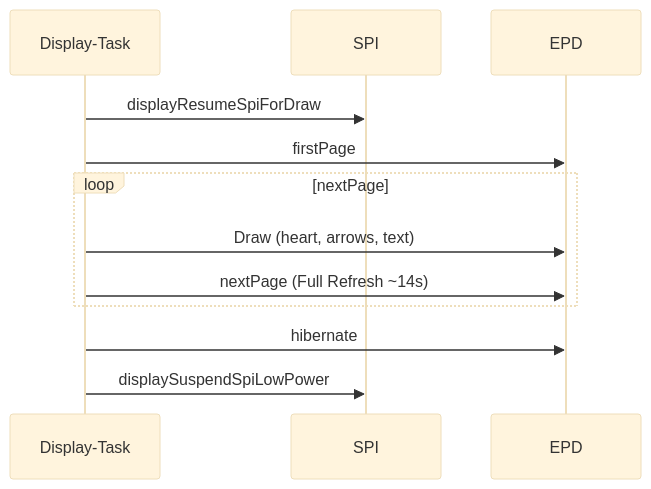
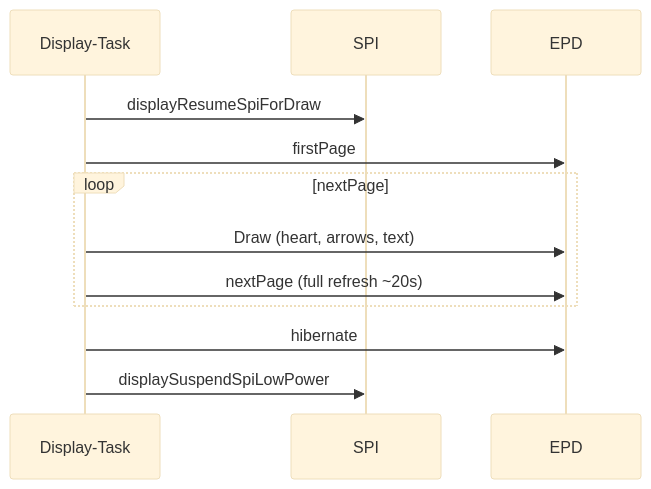
The diagram in docs/DISPLAY.md (EyJunge1/chaya2mqtt), drawn with Mermaid (base theme) before and after one commit. The commit also changed other lines of this file and 16 other files, not shown here.

````diff
--- a/docs/DISPLAY.md
+++ b/docs/DISPLAY.md
@@ -108,15 +108,15 @@
 ```mermaid
 sequenceDiagram
     participant T as Display-Task
     participant S as SPI
     participant E as EPD
 
     T->>S: displayResumeSpiForDraw
     T->>E: firstPage
     loop nextPage
         T->>E: Draw (heart, arrows, text)
-        T->>E: nextPage (Full Refresh ~14s)
+        T->>E: nextPage (full refresh ~20s)
     end
     T->>E: hibernate
     T->>S: displaySuspendSpiLowPower
 ```
````
